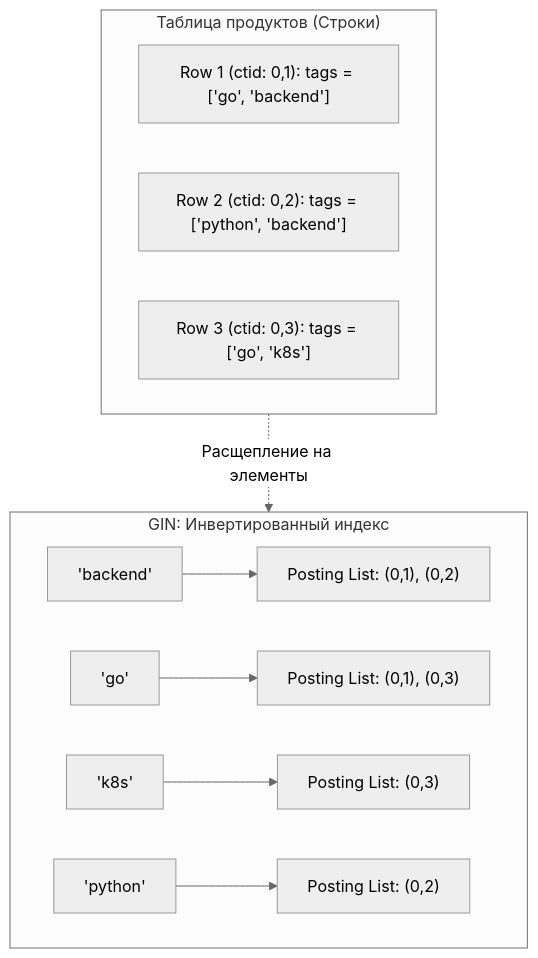
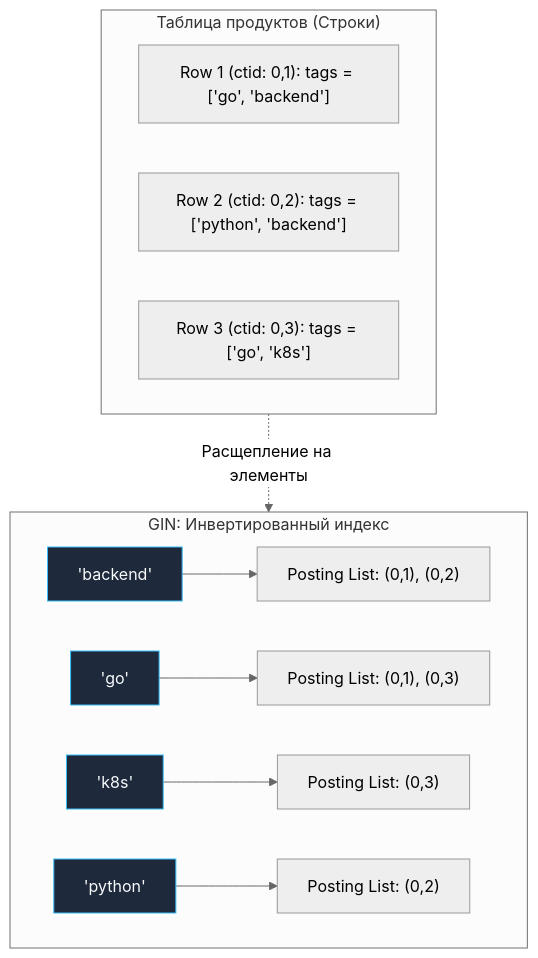
Before and after one commit to UnrealTemplier/go-textbook: the first of 2 diagrams in sources/12. Базы данных/04. Индексы и производительность/8. Индексы для JSON и массивов.md, drawn with Mermaid (neutral theme). The commit also changed other lines of this file and 1666 other files, not shown here.

First line of the commit message:
feat(mermaid): add semantic color classDef to 1369 colorless flowchart/graph diagrams

````diff
--- a/sources/12. Базы данных/04. Индексы и производительность/8. Индексы для JSON и массивов.md
+++ b/sources/12. Базы данных/04. Индексы и производительность/8. Индексы для JSON и массивов.md
@@ -33,17 +33,27 @@
 ```mermaid
 flowchart TD
+    classDef process  fill:#1e293b,stroke:#38bdf8,stroke-width:1px,color:#f8fafc
+    classDef success  fill:#064e3b,stroke:#34d399,stroke-width:1px,color:#f8fafc
+    classDef error    fill:#7f1d1d,stroke:#f87171,stroke-width:1px,color:#f8fafc
+    classDef warning  fill:#78350f,stroke:#fbbf24,stroke-width:1px,color:#f8fafc
+    classDef entry    fill:#1e3a5f,stroke:#38bdf8,stroke-width:2px,color:#f8fafc
+    classDef aux      fill:#334155,stroke:#64748b,stroke-width:1px,color:#f8fafc
+    classDef system   fill:#312e81,stroke:#a78bfa,stroke-width:1px,color:#f8fafc
+    classDef data     fill:#132d29,stroke:#2dd4bf,stroke-width:1px,color:#f8fafc
+    classDef network  fill:#881337,stroke:#fb7185,stroke-width:1px,color:#f8fafc
+    classDef accent   fill:#1e1b4b,stroke:#818cf8,stroke-width:1px,color:#f8fafc
     subgraph Documents["Таблица продуктов (Строки)"]
         R1["Row 1 (ctid: 0,1): tags = ['go', 'backend']"]
         R2["Row 2 (ctid: 0,2): tags = ['python', 'backend']"]
         R3["Row 3 (ctid: 0,3): tags = ['go', 'k8s']"]
     end
 
     subgraph GIN["GIN: Инвертированный индекс"]
-        K1["'backend'"] --> P1["Posting List: (0,1), (0,2)"]
-        K2["'go'"] --> P2["Posting List: (0,1), (0,3)"]
-        K3["'k8s'"] --> P3["Posting List: (0,3)"]
-        K4["'python'"] --> P4["Posting List: (0,2)"]
+        K1["'backend'"]:::process --> P1["Posting List: (0,1), (0,2)"]
+        K2["'go'"]:::process --> P2["Posting List: (0,1), (0,3)"]
+        K3["'k8s'"]:::process --> P3["Posting List: (0,3)"]
+        K4["'python'"]:::process --> P4["Posting List: (0,2)"]
     end
 
     Documents -.->|"Расщепление на элементы"| GIN
 ```
````
